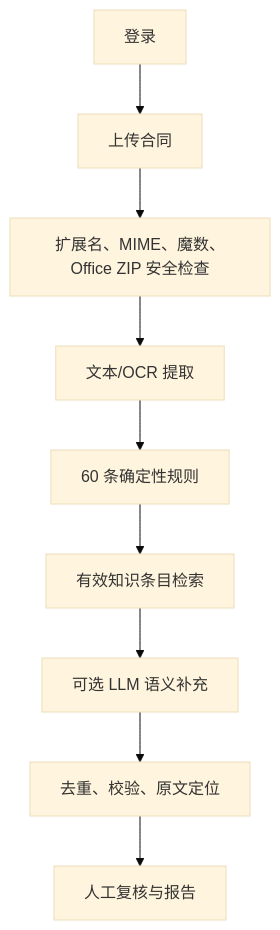
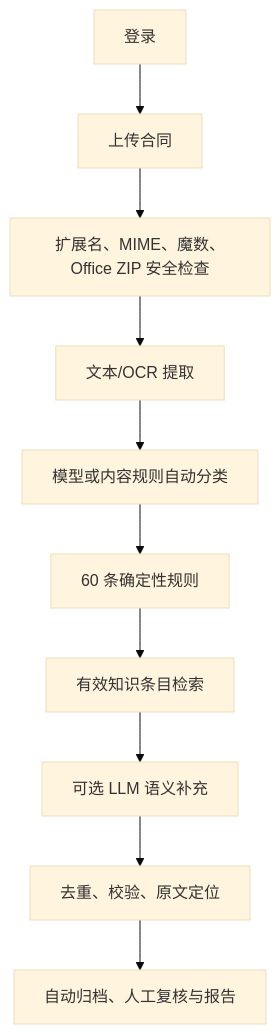
One commit to altoclef6/contract-review-system changed the second of 2 diagrams in README.md. Above: the diagram before and after it, drawn with Mermaid (base theme). The commit also changed other lines of this file and 25 other files, not shown here.

````diff
--- a/README.md
+++ b/README.md
@@ -40,11 +43,12 @@
 ```mermaid
 flowchart TD
     L["登录"] --> U["上传合同"]
     U --> S["扩展名、MIME、魔数、Office ZIP 安全检查"]
     S --> E["文本/OCR 提取"]
-    E --> D["60 条确定性规则"]
+    E --> C["模型或内容规则自动分类"]
+    C --> D["60 条确定性规则"]
     D --> K["有效知识条目检索"]
     K --> M["可选 LLM 语义补充"]
     M --> V["去重、校验、原文定位"]
-    V --> H["人工复核与报告"]
+    V --> H["自动归档、人工复核与报告"]
 ```
````
